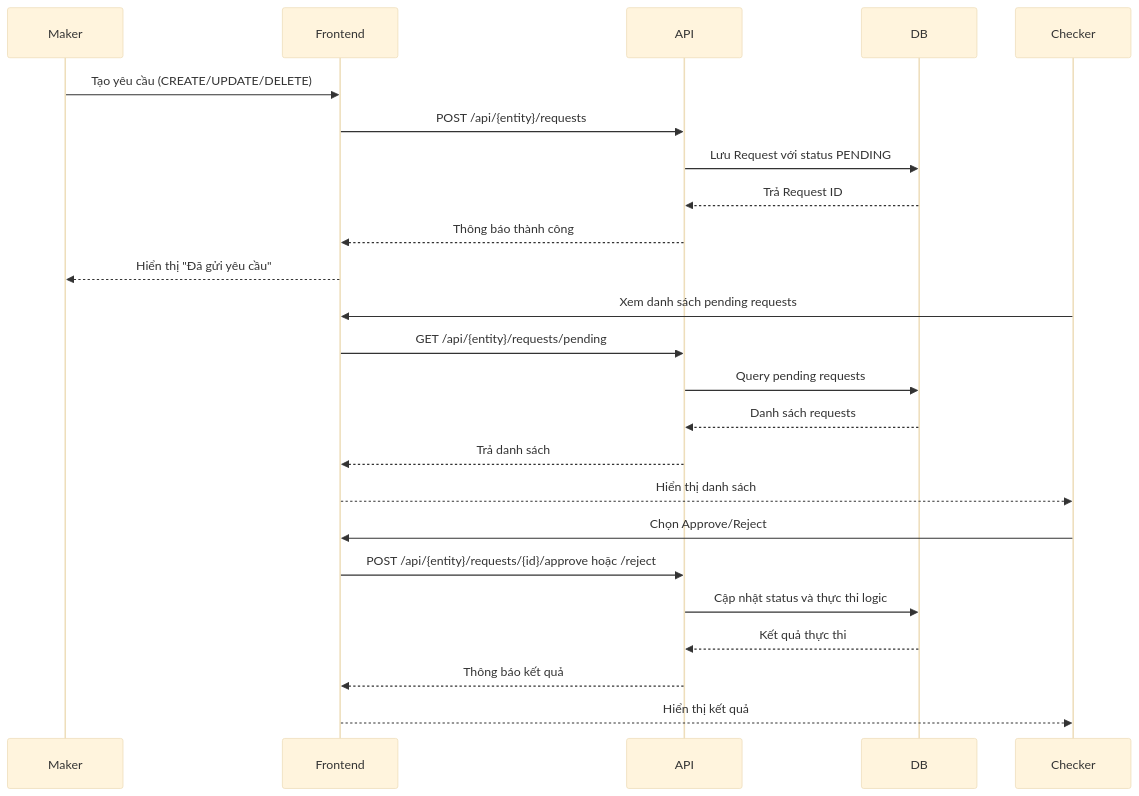
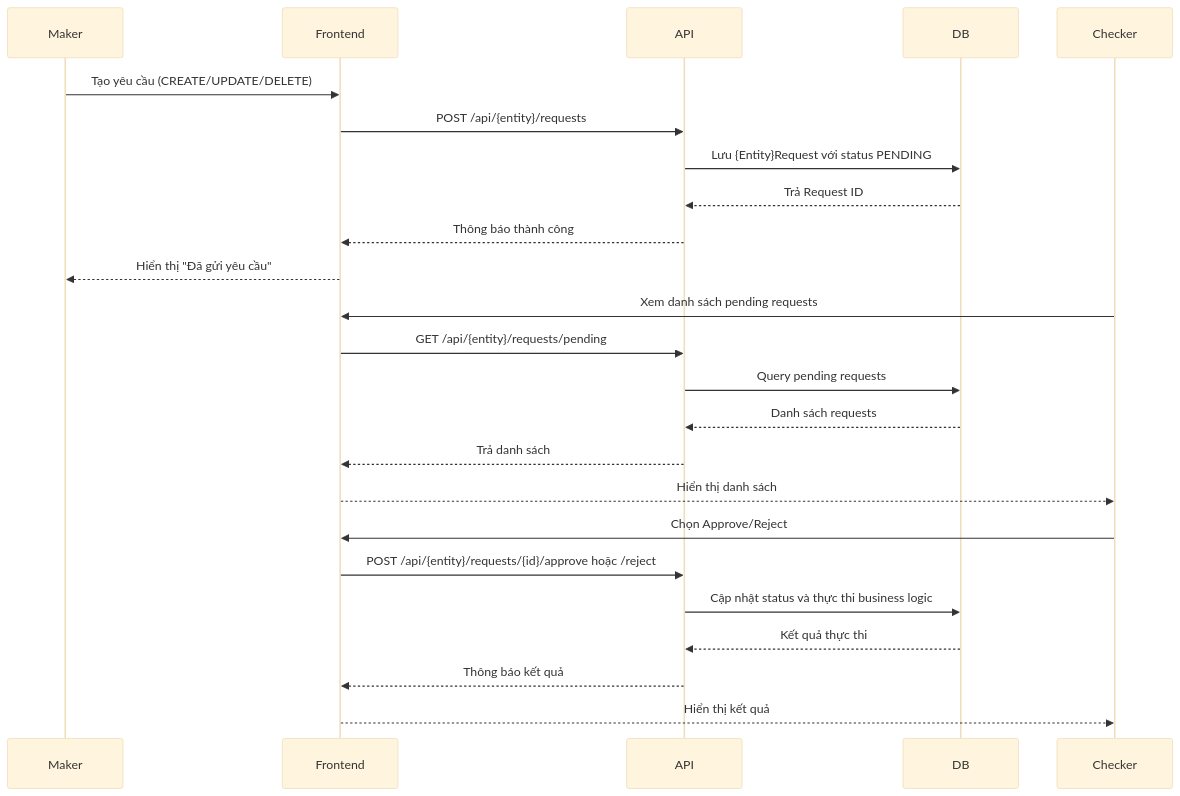
Before and after one commit to luyenhaidangit/flex-microservice: the diagram in docs/features/workflow.md, drawn with Mermaid (base theme). The commit also changed other lines of this file, not shown here.

````diff
--- a/docs/features/workflow.md
+++ b/docs/features/workflow.md
@@ -53,29 +53,29 @@
 ```mermaid
 sequenceDiagram
     participant Maker
     participant Frontend
     participant API
     participant DB
     participant Checker
 
     Maker->>Frontend: Tạo yêu cầu (CREATE/UPDATE/DELETE)
     Frontend->>API: POST /api/{entity}/requests
-    API->>DB: Lưu Request với status PENDING
+    API->>DB: Lưu {Entity}Request với status PENDING
     DB-->>API: Trả Request ID
     API-->>Frontend: Thông báo thành công
     Frontend-->>Maker: Hiển thị "Đã gửi yêu cầu"
 
     Checker->>Frontend: Xem danh sách pending requests
     Frontend->>API: GET /api/{entity}/requests/pending
     API->>DB: Query pending requests
     DB-->>API: Danh sách requests
     API-->>Frontend: Trả danh sách
     Frontend-->>Checker: Hiển thị danh sách
 
     Checker->>Frontend: Chọn Approve/Reject
     Frontend->>API: POST /api/{entity}/requests/{id}/approve hoặc /reject
-    API->>DB: Cập nhật status và thực thi logic
+    API->>DB: Cập nhật status và thực thi business logic
     DB-->>API: Kết quả thực thi
     API-->>Frontend: Thông báo kết quả
     Frontend-->>Checker: Hiển thị kết quả
 ```
````
